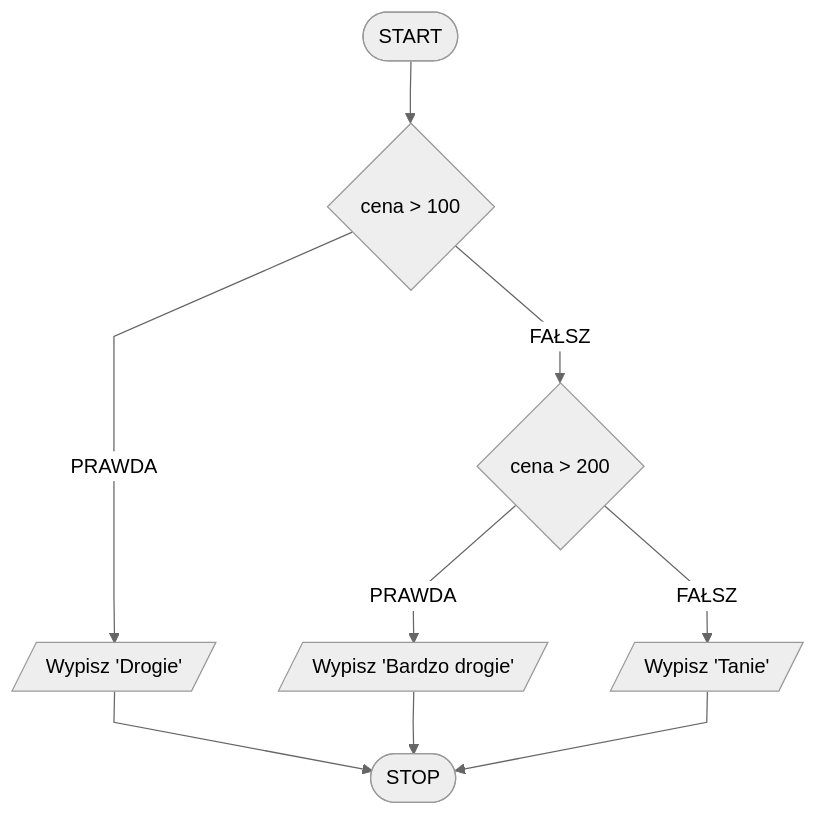
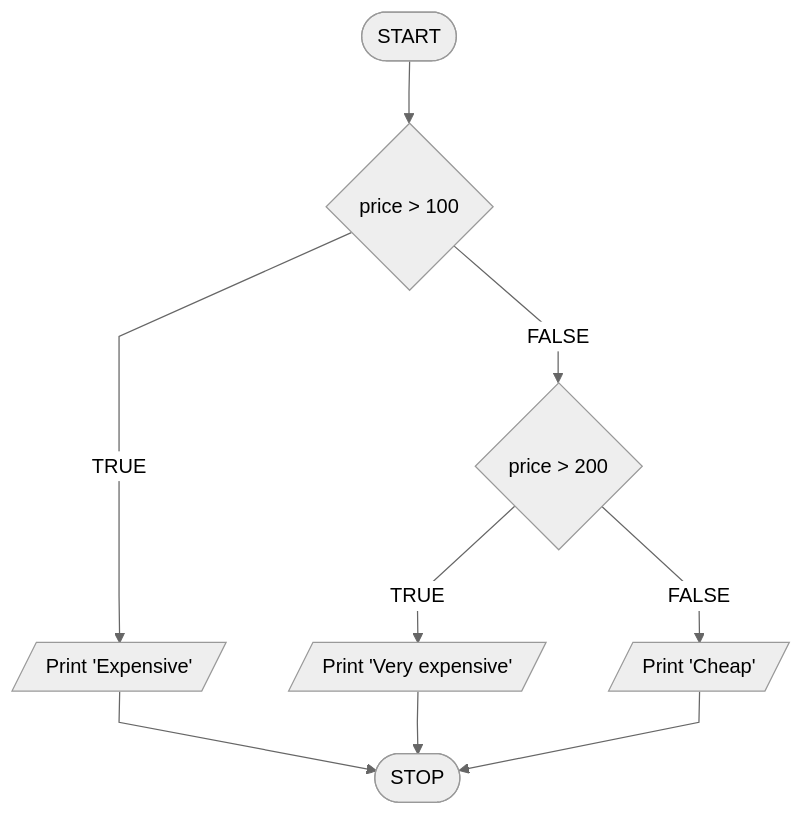
One commit to blackbat13/edu-cs-htiew-en changed the fifth of 6 diagrams in docs/algorithms/introduction/conditionals.md. Above: the diagram before and after it, drawn with Mermaid. The commit also changed other lines of this file and 682 other files, not shown here.

````diff
--- a/docs/algorithms/introduction/conditionals.md
+++ b/docs/algorithms/introduction/conditionals.md
@@ -150,12 +150,12 @@
 ```mermaid
 %%{init: {"flowchart": {"curve": "linear"}, "theme": "neutral"} }%%
 flowchart TD
-    START([START]) --> K1{cena > 100}
-    K1 -- PRAWDA --> K2[/Wypisz 'Drogie'/]
-    K1 -- FAŁSZ --> K3{cena > 200}
-    K3 -- PRAWDA --> K4[/Wypisz 'Bardzo drogie'/]
-    K3 -- FAŁSZ --> K6[/Wypisz 'Tanie'/]
+    START([START]) --> K1{price > 100}
+    K1 -- TRUE --> K2[/Print 'Expensive'/]
+    K1 -- FALSE --> K3{price > 200}
+    K3 -- TRUE --> K4[/Print 'Very expensive'/]
+    K3 -- FALSE --> K6[/Print 'Cheap'/]
     K2 --> STOP([STOP])
     K4 --> STOP
     K6 --> STOP
 ```
````
